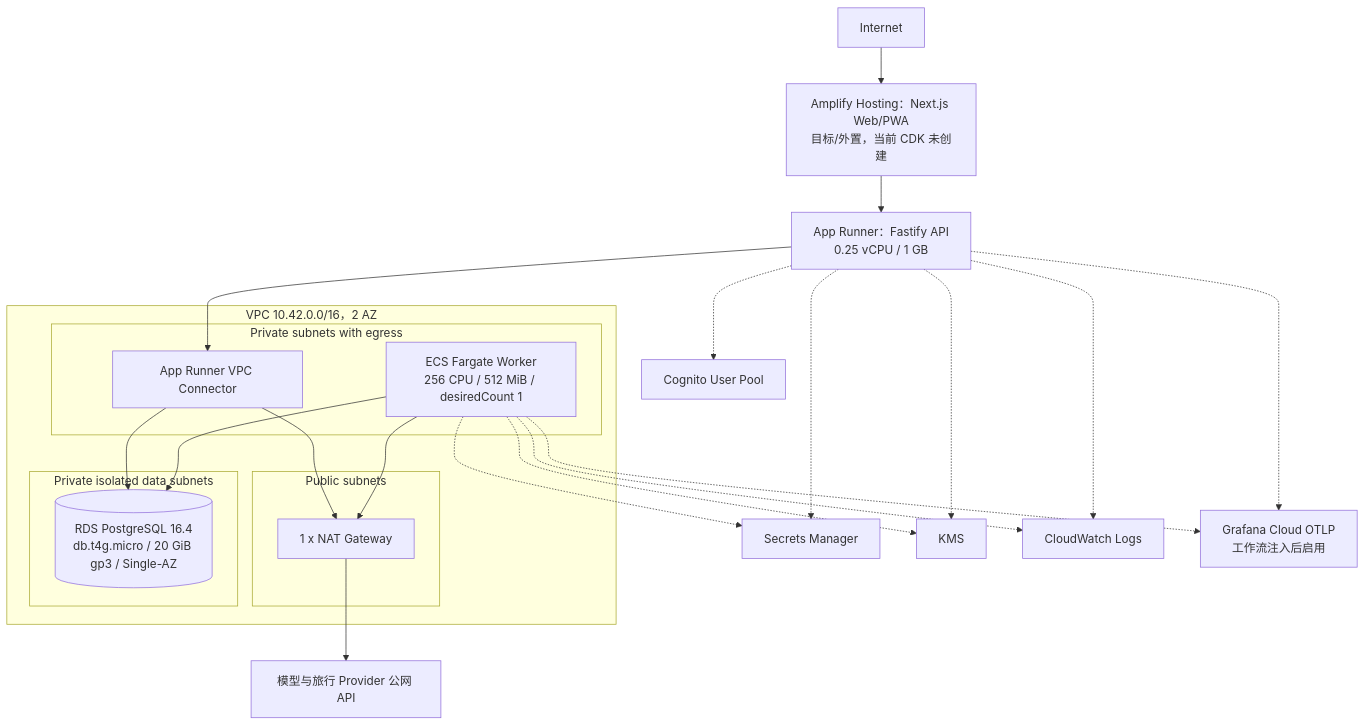
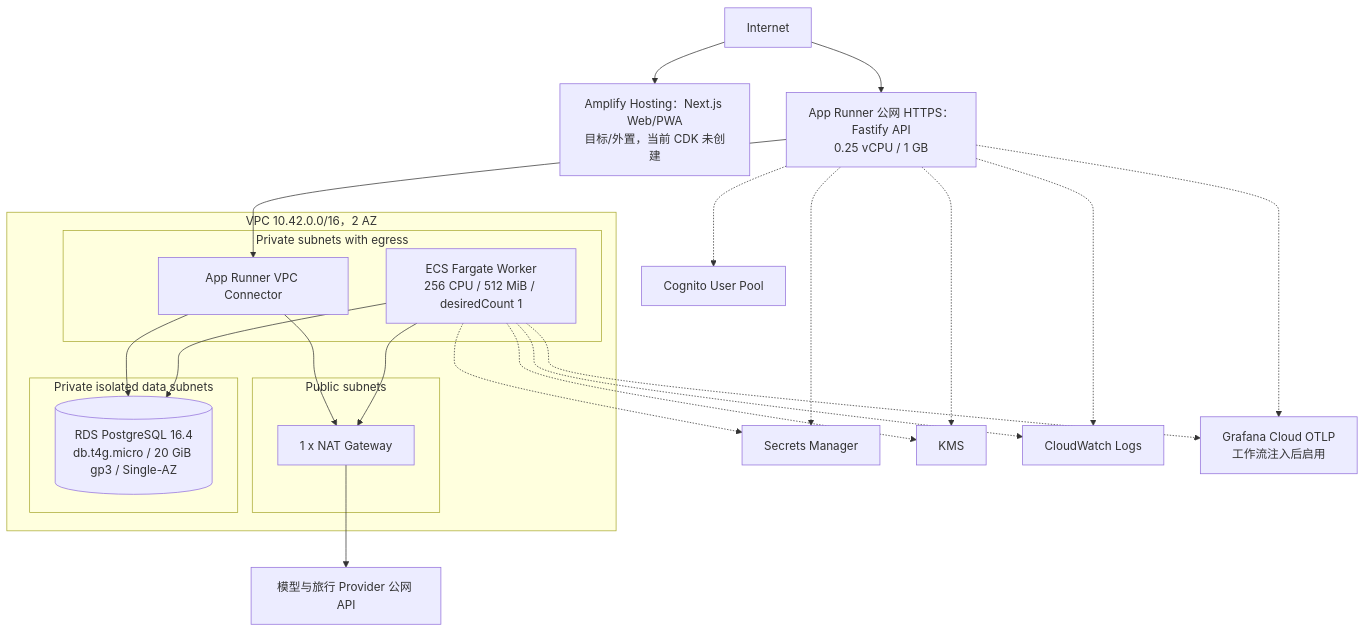
One commit to KuGua/wanderly-ai-travel-agent changed the third of 3 diagrams in docs/technical-architecture-overview.md. Above: the diagram before and after it, drawn with Mermaid. The commit also changed other lines of this file, not shown here.

Commit message:
fix(docs): update technical architecture overview for clarity and accuracy

````diff
--- a/docs/technical-architecture-overview.md
+++ b/docs/technical-architecture-overview.md
@@ -106,34 +106,34 @@
 ```mermaid
 flowchart TB
     internet["Internet"] --> amplify["Amplify Hosting：Next.js Web/PWA\n目标/外置，当前 CDK 未创建"]
-    amplify --> appRunner["App Runner：Fastify API\n0.25 vCPU / 1 GB"]
+    internet --> appRunner["App Runner 公网 HTTPS：Fastify API\n0.25 vCPU / 1 GB"]
 
     subgraph vpc["VPC 10.42.0.0/16，2 AZ"]
         subgraph public["Public subnets"]
             nat["1 x NAT Gateway"]
         end
         subgraph runtime["Private subnets with egress"]
             connector["App Runner VPC Connector"]
             worker["ECS Fargate Worker\n256 CPU / 512 MiB / desiredCount 1"]
         end
         subgraph isolated["Private isolated data subnets"]
             rds[("RDS PostgreSQL 16.4\ndb.t4g.micro / 20 GiB gp3 / Single-AZ")]
         end
         connector --> rds
         worker --> rds
         connector --> nat
         worker --> nat
     end
 
     appRunner --> connector
     nat --> providers["模型与旅行 Provider 公网 API"]
     appRunner -.-> secrets["Secrets Manager"]
     worker -.-> secrets
     appRunner -.-> kms["KMS"]
     worker -.-> kms
     appRunner -.-> cognito["Cognito User Pool"]
     appRunner -.-> cloudwatch["CloudWatch Logs"]
     worker -.-> cloudwatch
     appRunner -.-> grafana["Grafana Cloud OTLP\n工作流注入后启用"]
     worker -.-> grafana
 ```
````
